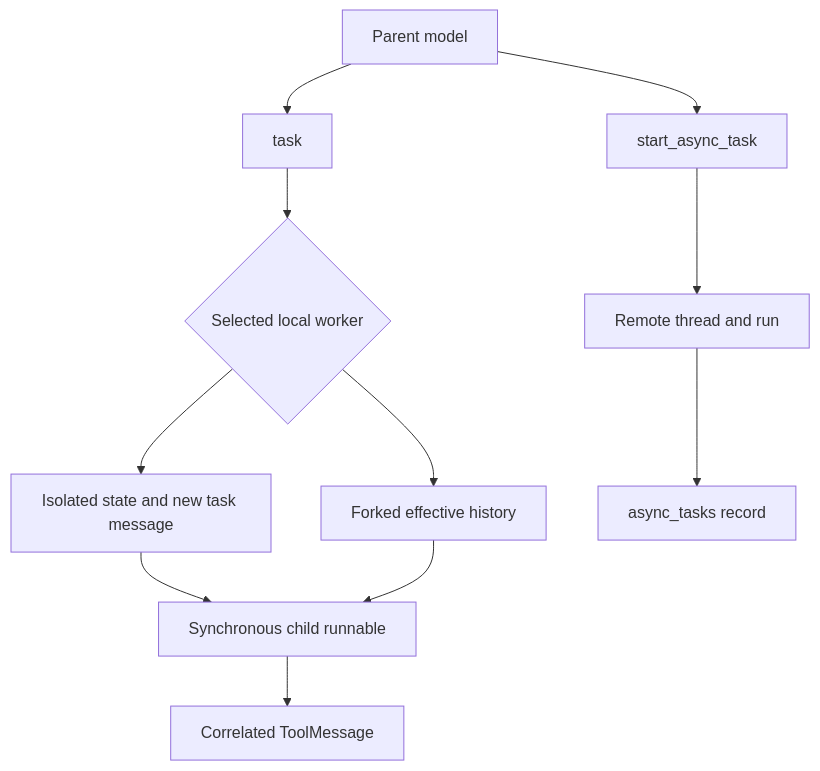
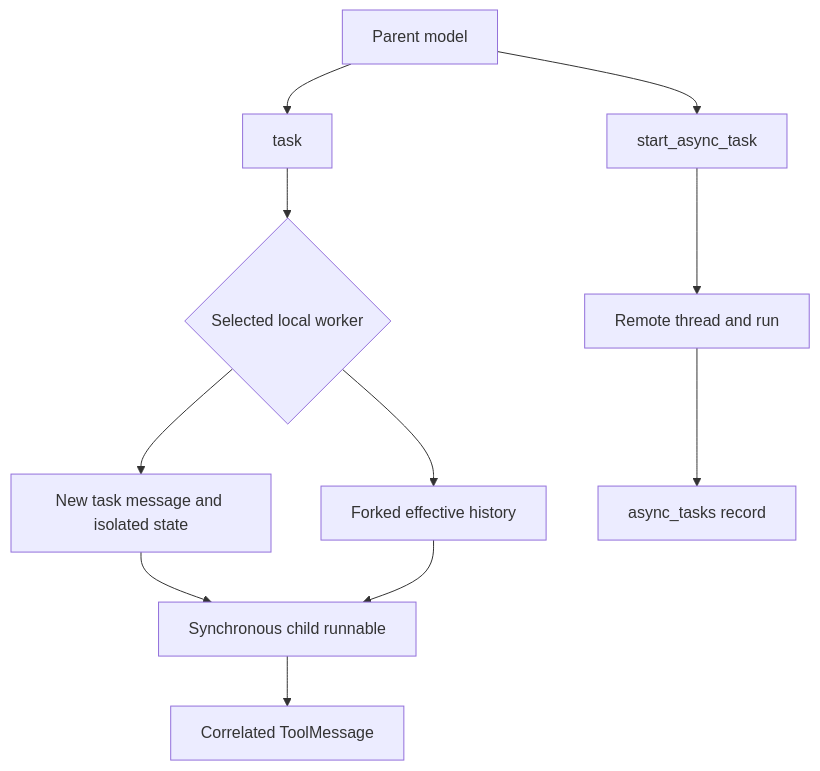
Before and after one commit to langchain-ai/deepagents: the first of 4 diagrams in openwiki/concepts/subagents-skills.md, drawn with Mermaid. The commit also changed other lines of this file and 28 other files, not shown here.

````diff
--- a/openwiki/concepts/subagents-skills.md
+++ b/openwiki/concepts/subagents-skills.md
@@ -37,13 +37,13 @@
 ```mermaid
 flowchart TD
     Parent["Parent model"] --> Task["task"]
     Task --> Select{"Selected local worker"}
-    Select --> Isolated["Isolated state and new task message"]
+    Select --> Isolated["New task message and isolated state"]
     Select --> Fork["Forked effective history"]
     Isolated --> Child["Synchronous child runnable"]
     Fork --> Child
     Child --> Reply["Correlated ToolMessage"]
     Parent --> Start["start_async_task"]
     Start --> Remote["Remote thread and run"]
     Remote --> Stored["async_tasks record"]
 ```
````
